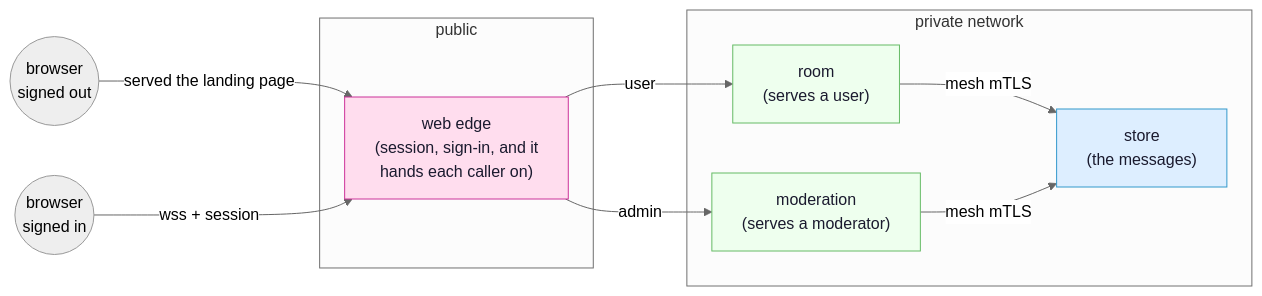
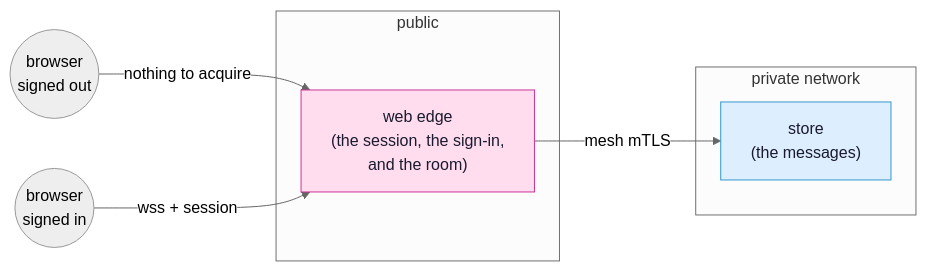
One commit to Kidev/SynQt changed the diagram in docs/tutorial-chat.md. Above: the diagram before and after it, drawn with Mermaid (neutral theme). The commit also changed other lines of this file and 13 other files, not shown here.

````diff
--- a/docs/tutorial-chat.md
+++ b/docs/tutorial-chat.md
@@ -23,23 +20,16 @@
 ```mermaid
 flowchart LR
   visitor(("browser<br/>signed out"))
   reader(("browser<br/>signed in"))
-  visitor -->|"served the landing page"| web
+  visitor -->|"nothing to acquire"| web
   reader -->|"wss + session"| web
   subgraph public
-    web["<span style='color:#1a1a2e'>web edge<br/>(session, sign-in, and it<br/>hands each caller on)</span>"]
+    web["<span style='color:#1a1a2e'>web edge<br/>(the session, the sign-in,<br/>and the room)</span>"]
   end
   subgraph private["private network"]
-    room["<span style='color:#1a1a2e'>room<br/>(serves a user)</span>"]
-    mod["<span style='color:#1a1a2e'>moderation<br/>(serves a moderator)</span>"]
     db["<span style='color:#1a1a2e'>store<br/>(the messages)</span>"]
   end
-  web -->|"user"| room
-  web -->|"admin"| mod
-  room -->|"mesh mTLS"| db
-  mod -->|"mesh mTLS"| db
+  web -->|"mesh mTLS"| db
   style web fill:#fde,stroke:#c39,color:#1a1a2e
-  style room fill:#efe,stroke:#6b6,color:#1a1a2e
-  style mod fill:#efe,stroke:#6b6,color:#1a1a2e
   style db fill:#def,stroke:#39c,color:#1a1a2e
 ```
````
